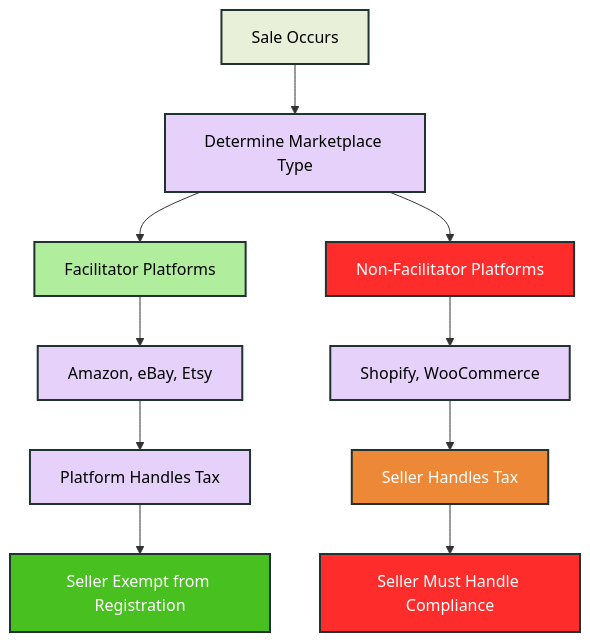
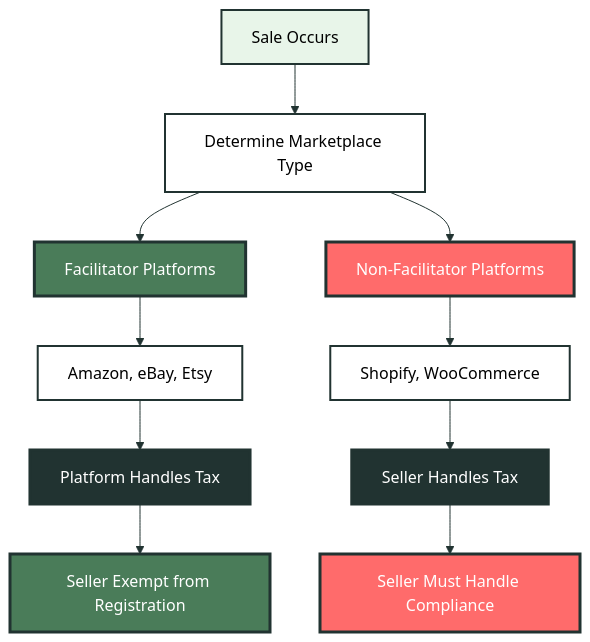
One commit to kintsugi-tax/docs-v2 changed the third of 3 diagrams in docs/guides/sales-tax-for-developers.mdx. Above: the diagram before and after it, drawn with Mermaid. The commit also changed other lines of this file and 6 other files, not shown here.

Commit message:
fix mermaid diagram appearance in dark mode

````diff
--- a/docs/guides/sales-tax-for-developers.mdx
+++ b/docs/guides/sales-tax-for-developers.mdx
@@ -236,24 +238,25 @@
 ```mermaid
+%%{init: {'theme':'base', 'themeVariables': {'primaryColor':'#FFFFFF','primaryTextColor':'#213331','primaryBorderColor':'#213331','lineColor':'#213331','secondaryColor':'#FFFFFF','tertiaryColor':'#213331','edgeLabelBackground':'transparent','edgeStrokeWidth':'2px','edgeStroke':'#213331','arrowheadColor':'#213331','clusterBkg':'transparent','clusterBorder':'#213331','defaultLinkColor':'#213331'}}}%%
 flowchart TD
     A[Sale Occurs] --> B[Determine Marketplace Type]
     B --> C[Facilitator Platforms]
     C --> D[Amazon, eBay, Etsy]
     D --> E[Platform Handles Tax]
     E --> F[Seller Exempt from Registration]
     
     B --> G[Non-Facilitator Platforms]
     G --> H[Shopify, WooCommerce]
     H --> I[Seller Handles Tax]
     I --> J[Seller Must Handle Compliance]
     
-    style A fill:#E8F0D9,stroke:#213331,stroke-width:2px,color:#000000
-    style B fill:#E5D1FA,stroke:#213331,stroke-width:2px,color:#000000
-    style C fill:#B0ED9C,stroke:#213331,stroke-width:2px,color:#000000
-    style D fill:#E5D1FA,stroke:#213331,stroke-width:2px,color:#000000
-    style E fill:#E5D1FA,stroke:#213331,stroke-width:2px,color:#000000
-    style F fill:#48c020,stroke:#213331,stroke-width:2px,color:#FFFFFF
-    style G fill:#ff2c2c,stroke:#213331,stroke-width:2px,color:#FFFFFF
-    style H fill:#E5D1FA,stroke:#213331,stroke-width:2px,color:#000000
-    style I fill:#ed8936,stroke:#213331,stroke-width:2px,color:#FFFFFF
-    style J fill:#ff2c2c,stroke:#213331,stroke-width:2px,color:#FFFFFF
+    style A fill:#e8f5e9,stroke:#213331,stroke-width:2px,color:#000000
+    style B fill:#FFFFFF,stroke:#213331,stroke-width:2px,color:#000000
+    style C fill:#4a7c59,stroke:#213331,stroke-width:3px,color:#FFFFFF
+    style D fill:#FFFFFF,stroke:#213331,stroke-width:2px,color:#000000
+    style E fill:#213331,stroke:#213331,stroke-width:3px,color:#FFFFFF
+    style F fill:#4a7c59,stroke:#213331,stroke-width:3px,color:#FFFFFF
+    style G fill:#ff6b6b,stroke:#213331,stroke-width:3px,color:#FFFFFF
+    style H fill:#FFFFFF,stroke:#213331,stroke-width:2px,color:#000000
+    style I fill:#213331,stroke:#213331,stroke-width:3px,color:#FFFFFF
+    style J fill:#ff6b6b,stroke:#213331,stroke-width:3px,color:#FFFFFF
 ```
````
